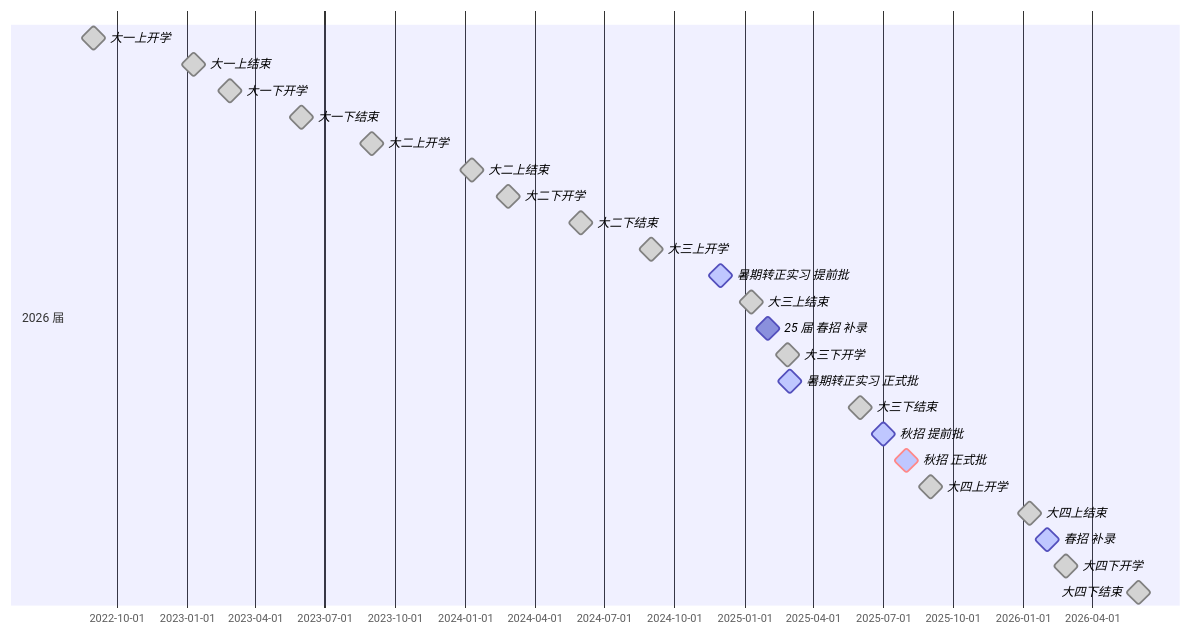
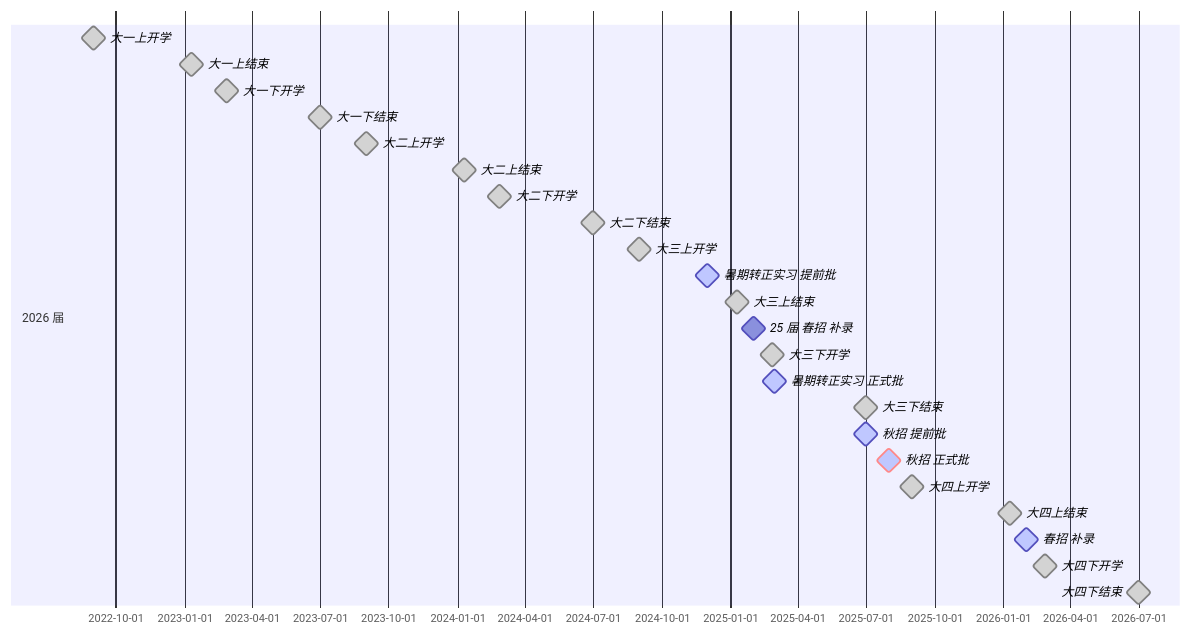
One commit to james-curtis/public-diary changed the third of 3 diagrams in 专题/【长线】实时关注招聘.md. Above: the diagram before and after it, drawn with Mermaid. The commit also changed other lines of this file, not shown here.

````diff
--- a/专题/【长线】实时关注招聘.md
+++ b/专题/【长线】实时关注招聘.md
@@ -137,45 +137,45 @@
 ```mermaid
 gantt
     dateFormat  YYYY-MM-DD
 
     section 2026 届
     大一上开学      :milestone, done, 2022-09-01, 0d
 
     大一上结束      :milestone, done, 2023-01-10, 0d
     大一下开学      :milestone, done, 2023-02-26, 0d
-    大一下结束      :milestone, done, 2023-06-01, 0d
+    大一下结束      :milestone, done, 2023-07-01, 0d
     大二上开学      :milestone, done, 2023-09-01, 0d
 
     大二上结束      :milestone, done, 2024-01-10, 0d
     大二下开学      :milestone, done, 2024-02-26, 0d
-    大二下结束      :milestone, done, 2024-06-01, 0d
+    大二下结束      :milestone, done, 2024-07-01, 0d
     大三上开学      :milestone, done, 2024-09-01, 0d
 
     %% 招聘
     暑期转正实习 提前批 :milestone, active, 2024-12-01, 0d
     %% 招聘
 
     大三上结束      :milestone, done, 2025-01-10, 0d
     %% 招聘
     25 届 春招 补录    :milestone, 2025-02-01, 0d
     %% 招聘
     大三下开学      :milestone, done, 2025-02-26, 0d
     %% 招聘
     暑期转正实习 正式批 :milestone, active, 2025-03-01, 0d
     %% 招聘
-    大三下结束      :milestone, done, 2025-06-01, 0d
+    大三下结束      :milestone, done, 2025-07-01, 0d
     %% 招聘
     秋招 提前批     :milestone, active, 2025-07-01, 0d
     秋招 正式批     :milestone, active, crit, 2025-08-01, 0d
     %% 招聘
     大四上开学      :milestone, done, 2025-09-01, 0d
 
     大四上结束      :milestone, done, 2026-01-10, 0d
     %% 招聘
     春招 补录       :milestone, active, 2026-02-01, 0d
     %% 招聘
     大四下开学      :milestone, done, 2026-02-26, 0d
-    大四下结束      :milestone, done, 2026-06-01, 0d
+    大四下结束      :milestone, done, 2026-07-01, 0d
 
     %% 其他
 ```
````
